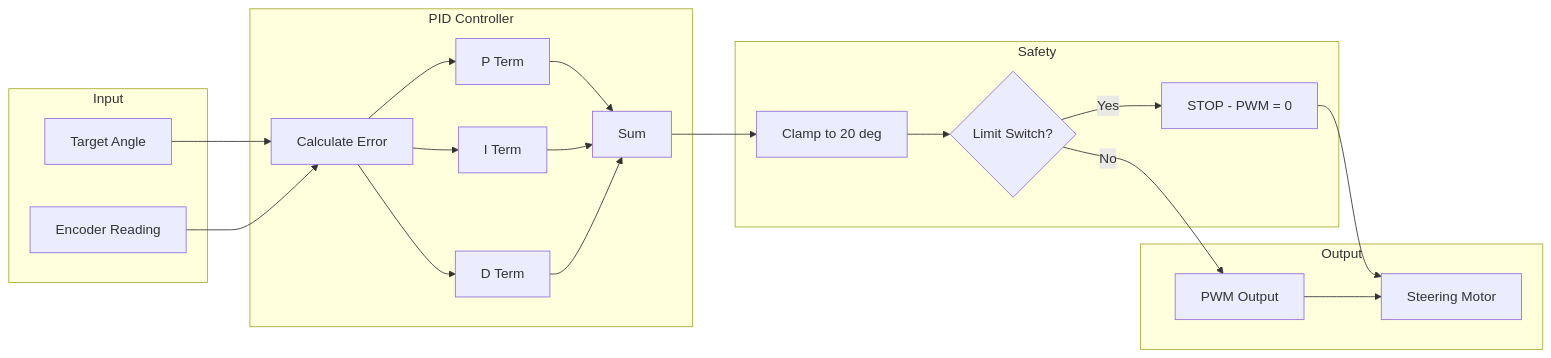
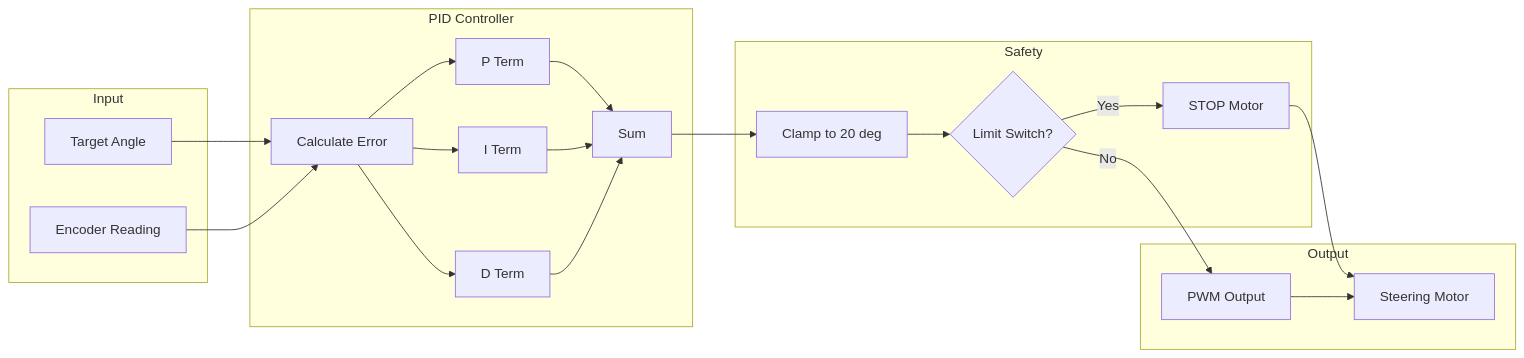
One commit to KashmeeraTT/Ackerman_UGV changed diagram 11 of 13 in SYSTEM_DOCUMENTATION.md. Above: the diagram before and after it, drawn with Mermaid. The commit also changed other lines of this file, not shown here.

Commit message:
docs: Refine system documentation diagrams and descriptions for clarity and conciseness.

````diff
--- a/SYSTEM_DOCUMENTATION.md
+++ b/SYSTEM_DOCUMENTATION.md
@@ -506,41 +506,41 @@
 ```mermaid
 flowchart LR
     subgraph Input[Input]
         TARGET[Target Angle]
         ENCODER[Encoder Reading]
     end
     
     subgraph PID[PID Controller]
         ERROR[Calculate Error]
         P[P Term]
         I[I Term]
         D[D Term]
         SUM[Sum]
     end
     
     subgraph Safety[Safety]
         CLAMP[Clamp to 20 deg]
         LIMIT{Limit Switch?}
-        STOP[STOP - PWM = 0]
+        STOP[STOP Motor]
     end
     
     subgraph Output[Output]
         PWM[PWM Output]
         MOTOR[Steering Motor]
     end
     
     TARGET --> ERROR
     ENCODER --> ERROR
     ERROR --> P
     ERROR --> I
     ERROR --> D
     P --> SUM
     I --> SUM
     D --> SUM
     SUM --> CLAMP
     CLAMP --> LIMIT
     LIMIT -->|Yes| STOP
     LIMIT -->|No| PWM
     STOP --> MOTOR
     PWM --> MOTOR
 ```
````
